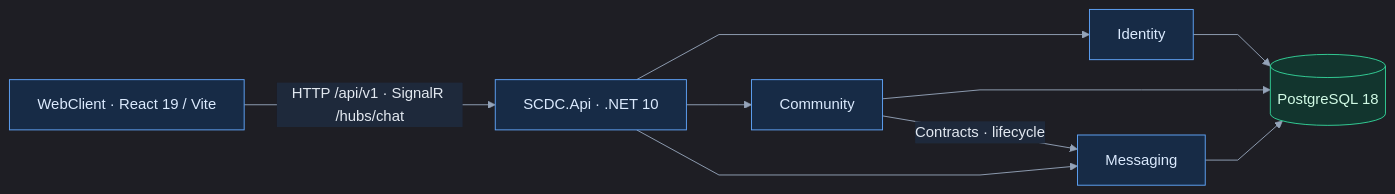
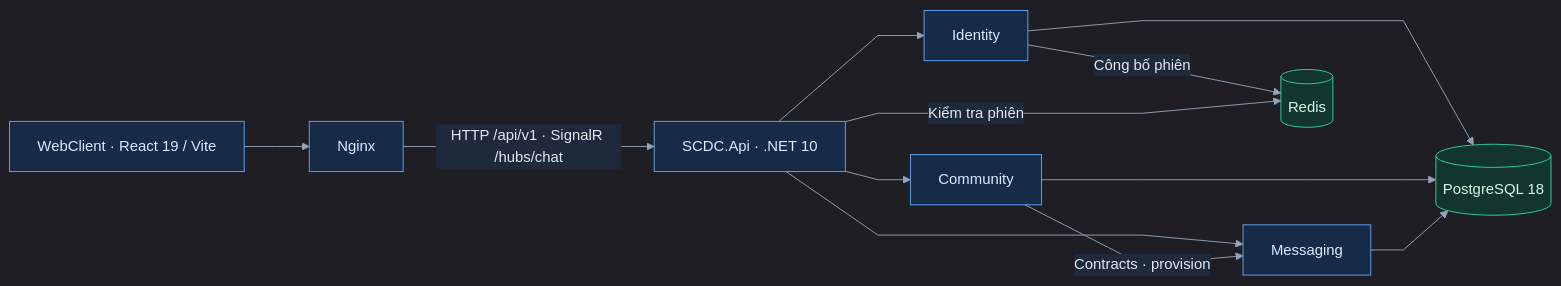
Before and after one commit to Chyeonma/scdc: the first of 3 diagrams in docs/system/architecture.md, drawn with Mermaid. The commit also changed other lines of this file and 40 other files, not shown here.

````diff
--- a/docs/system/architecture.md
+++ b/docs/system/architecture.md
@@ -21,16 +21,19 @@
 ```mermaid
 %%{init: {"flowchart": {"curve": "linear", "nodeSpacing": 45, "rankSpacing": 70}, "theme": "dark", "themeVariables": {"background": "#0f172a", "primaryColor": "#1e293b", "primaryTextColor": "#e2e8f0", "primaryBorderColor": "#64748b", "lineColor": "#94a3b8", "textColor": "#e2e8f0", "edgeLabelBackground": "#1e293b", "clusterBkg": "#141e2e", "clusterBorder": "#475569"}, "themeCSS": "& { background-color: #0f172a; }"}}%%
 flowchart LR
-    Web[WebClient · React 19 / Vite] -->|HTTP /api/v1 · SignalR /hubs/chat| Api[SCDC.Api · .NET 10]
+    Web[WebClient · React 19 / Vite] --> Gateway[Nginx]
+    Gateway -->|HTTP /api/v1 · SignalR /hubs/chat| Api[SCDC.Api · .NET 10]
     Api --> Identity[Identity]
     Api --> Community[Community]
     Api --> Messaging[Messaging]
     Identity --> Pg[(PostgreSQL 18)]
     Community --> Pg
     Messaging --> Pg
-    Community -->|Contracts · lifecycle| Messaging
+    Community -->|Contracts · provision| Messaging
+    Identity -->|Công bố phiên| Redis[(Redis)]
+    Api -->|Kiểm tra phiên| Redis
     classDef app fill:#172b46,stroke:#60a5fa,color:#dbeafe
     classDef data fill:#12352e,stroke:#34d399,color:#d1fae5
-    class Web,Api,Identity,Community,Messaging app
-    class Pg data
+    class Web,Gateway,Api,Identity,Community,Messaging app
+    class Pg,Redis data
 ```
````
